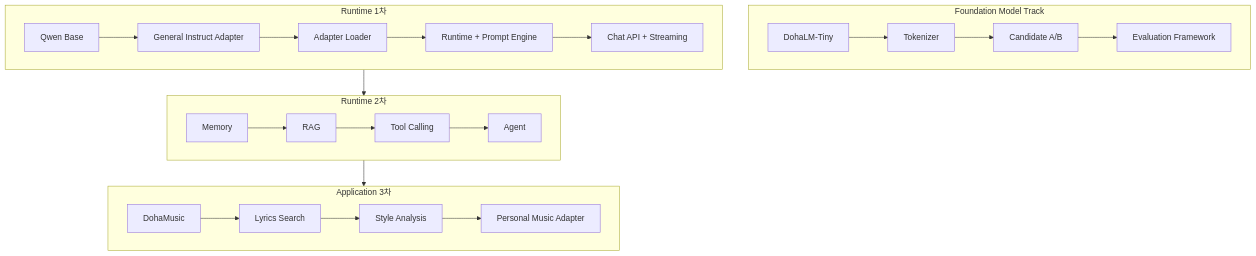
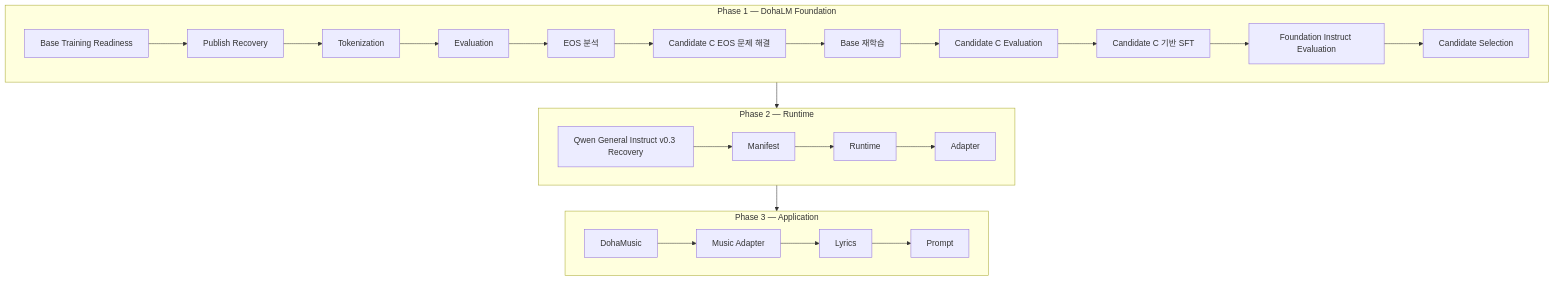
Before and after one commit to DohaStudio/DohaLM: the diagram in docs/project/model-family-roadmap.md, drawn with Mermaid. The commit also changed other lines of this file and 8 other files, not shown here.

Commit message:
docs: prioritize Foundation roadmap over Runtime

````diff
--- a/docs/project/model-family-roadmap.md
+++ b/docs/project/model-family-roadmap.md
@@ -18,29 +20,29 @@
 ```mermaid
 flowchart TB
-    subgraph F[Foundation Model Track]
-      Tiny[DohaLM-Tiny] --> Tok[Tokenizer]
-      Tok --> AB[Candidate A/B]
-      AB --> Eval[Evaluation Framework]
+    subgraph P1[Phase 1 — DohaLM Foundation]
+      Ready[Base Training Readiness] --> Recovery[Publish Recovery]
+      Recovery --> Tokenization[Tokenization]
+      Tokenization --> BaseEval[Evaluation]
+      BaseEval --> EOS[EOS 분석]
+      EOS --> Fix[Candidate C EOS 문제 해결]
+      Fix --> Retrain[Base 재학습]
+      Retrain --> CEval[Candidate C Evaluation]
+      CEval --> SFT[Candidate C 기반 SFT]
+      SFT --> IEval[Foundation Instruct Evaluation]
+      IEval --> Select[Candidate Selection]
     end
 
-    subgraph R1[Runtime 1차]
-      Qwen[Qwen Base] --> Adapter[General Instruct Adapter]
-      Adapter --> Loader[Adapter Loader]
-      Loader --> Runtime[Runtime + Prompt Engine]
-      Runtime --> API[Chat API + Streaming]
+    subgraph P2[Phase 2 — Runtime]
+      V03[Qwen General Instruct v0.3 Recovery] --> Manifest[Manifest]
+      Manifest --> Runtime[Runtime]
+      Runtime --> Adapter[Adapter]
     end
 
-    subgraph R2[Runtime 2차]
-      Memory[Memory] --> RAG[RAG]
-      RAG --> Tools[Tool Calling]
-      Tools --> Agent[Agent]
+    subgraph P3[Phase 3 — Application]
+      Music[DohaMusic] --> MusicAdapter[Music Adapter]
+      MusicAdapter --> Lyrics[Lyrics]
+      Lyrics --> Prompt[Prompt]
     end
 
-    subgraph R3[Application 3차]
-      Music[DohaMusic] --> Lyrics[Lyrics Search]
-      Lyrics --> Style[Style Analysis]
-      Style --> Personal[Personal Music Adapter]
-    end
-
-    R1 --> R2 --> R3
+    P1 --> P2 --> P3
 ```
````
